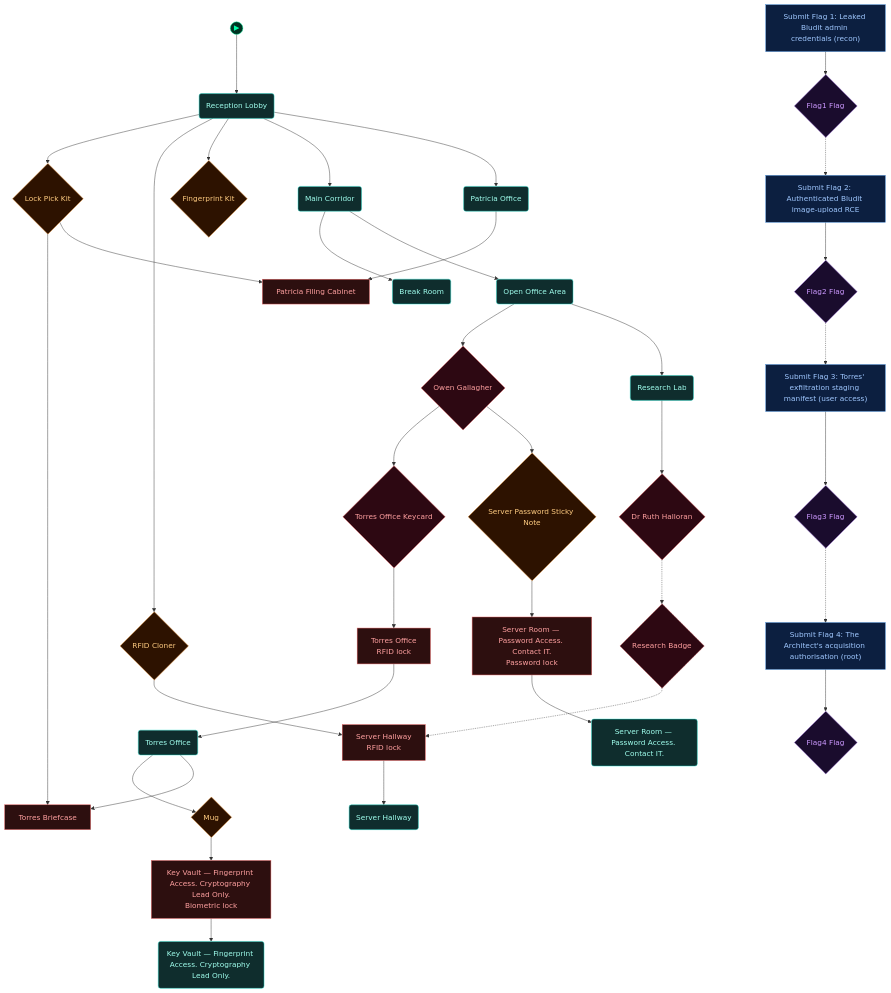
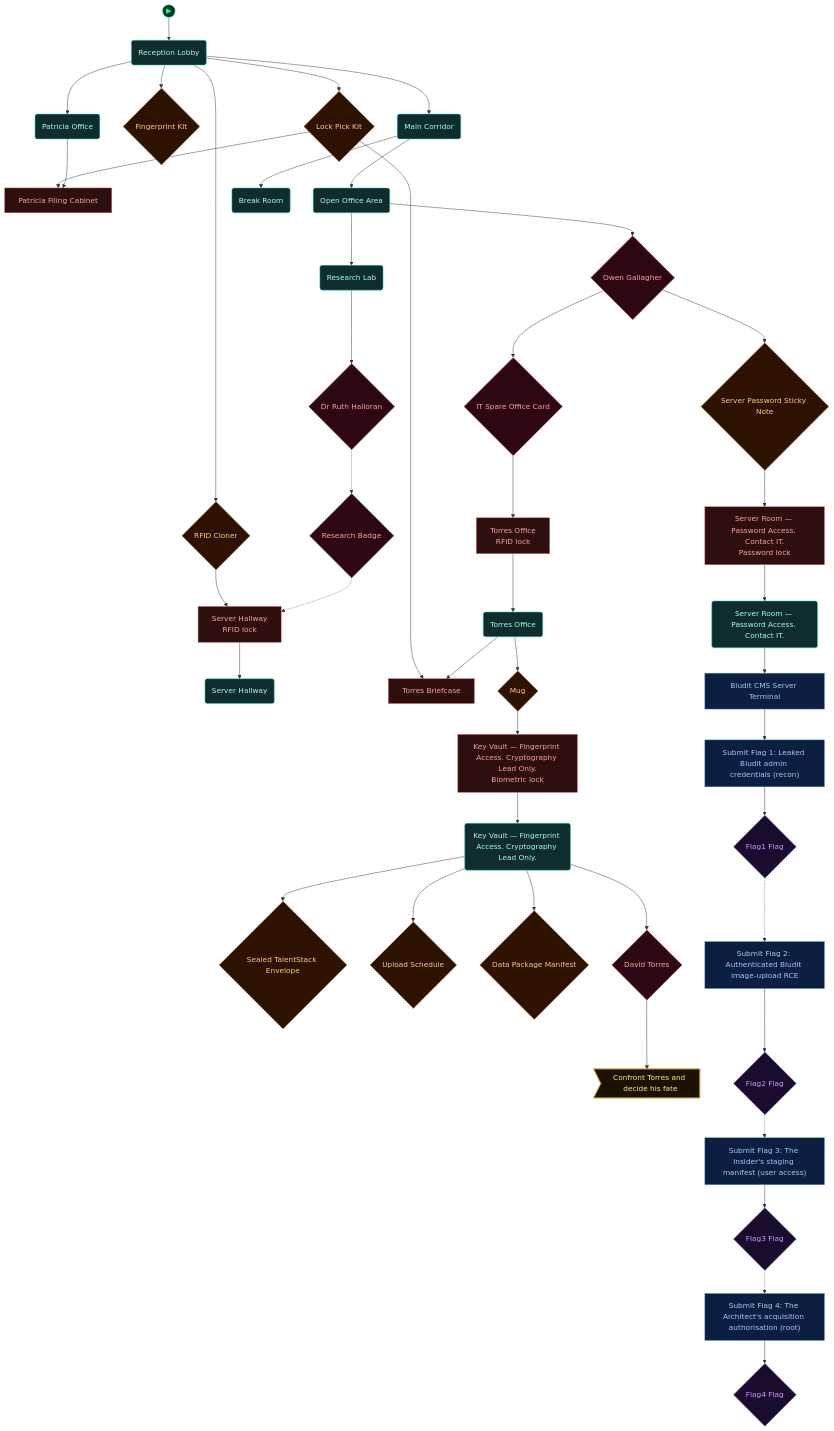
One commit to cliffe/BreakEscape changed the first of 5 diagrams in scenarios/m05_insider_trading/dungeon_graph.md. Above: the diagram before and after it, drawn with Mermaid. The commit also changed other lines of this file and 31 other files, not shown here.

```diff
--- a/scenarios/m05_insider_trading/dungeon_graph.md
+++ b/scenarios/m05_insider_trading/dungeon_graph.md
@@ -85,17 +85,23 @@
   fingerprint_kit{"Fingerprint Kit"}
   npc_owen_gallagher{"Owen Gallagher"}
   open_office_area("Open Office Area")
-  torres_office_keycard{"Torres Office Keycard"}
+  it_spare_office_card{"IT Spare Office Card"}
   server_password_sticky_note{"Server Password Sticky Note"}
+  bludit_cms_server_terminal["Bludit CMS Server Terminal"]
   mug{"Mug"}
   npc_dr_ruth_halloran{"Dr Ruth Halloran"}
   research_lab("Research Lab")
   research_badge{"Research Badge"}
+  sealed_talentstack_envelope{"Sealed TalentStack Envelope"}
+  upload_schedule{"Upload Schedule"}
+  data_package_manifest{"Data Package Manifest"}
+  npc_david_torres{"David Torres"}
+  action_confront_torres>"Confront Torres and decide his fate"]
   vmch_submit_flag1["Submit Flag 1: Leaked Bludit admin credentials (recon)"]
   vmfl_submit_flag1{"Flag1 Flag"}
   vmch_submit_flag2["Submit Flag 2: Authenticated Bludit image-upload RCE"]
   vmfl_submit_flag2{"Flag2 Flag"}
-  vmch_submit_flag3["Submit Flag 3: Torres' exfiltration staging manifest (user access)"]
+  vmch_submit_flag3["Submit Flag 3: The insider's staging manifest (user access)"]
   vmfl_submit_flag3{"Flag3 Flag"}
   vmch_submit_flag4["Submit Flag 4: The Architect's acquisition authorisation (root)"]
   vmfl_submit_flag4{"Flag4 Flag"}
@@ -114,10 +120,11 @@
   rfid_cloner --> door_server_hallway
   reception_lobby --> fingerprint_kit
   open_office_area --> npc_owen_gallagher
-  npc_owen_gallagher --> torres_office_keycard
-  torres_office_keycard --> door_torres_office
+  npc_owen_gallagher --> it_spare_office_card
+  it_spare_office_card --> door_torres_office
   npc_owen_gallagher --> server_password_sticky_note
   server_password_sticky_note --> door_server_room
+  server_room --> bludit_cms_server_terminal
   torres_office --> mug
   mug --> door_data_center
   torres_office --> lock_torres_briefcase
@@ -125,6 +132,11 @@
   npc_dr_ruth_halloran -.-> research_badge
   research_badge -.-> door_server_hallway
   patricia_office --> lock_patricia_filing_cabinet
+  data_center --> sealed_talentstack_envelope
+  data_center --> upload_schedule
+  data_center --> data_package_manifest
+  data_center --> npc_david_torres
+  npc_david_torres --> action_confront_torres
   vmch_submit_flag1 --> vmfl_submit_flag1
   vmch_submit_flag2 --> vmfl_submit_flag2
   vmfl_submit_flag1 -.-> vmch_submit_flag2
@@ -132,6 +144,7 @@
   vmfl_submit_flag2 -.-> vmch_submit_flag3
   vmch_submit_flag4 --> vmfl_submit_flag4
   vmfl_submit_flag3 -.-> vmch_submit_flag4
+  bludit_cms_server_terminal --> vmch_submit_flag1
   reception_lobby --> main_corridor
   reception_lobby --> patricia_office
   main_corridor --> break_room
@@ -140,9 +153,10 @@
 
   class door_server_hallway,door_server_room,door_torres_office,door_data_center,lock_torres_briefcase,lock_patricia_filing_cabinet lock
   class server_hallway,server_room,torres_office,data_center,reception_lobby,open_office_area,research_lab,main_corridor,patricia_office,break_room room
-  class lock_pick_kit,rfid_cloner,fingerprint_kit,server_password_sticky_note,mug item
-  class npc_owen_gallagher,torres_office_keycard,npc_dr_ruth_halloran,research_badge key
-  class vmch_submit_flag1,vmch_submit_flag2,vmch_submit_flag3,vmch_submit_flag4 vm
+  class lock_pick_kit,rfid_cloner,fingerprint_kit,server_password_sticky_note,mug,sealed_talentstack_envelope,upload_schedule,data_package_manifest item
+  class npc_owen_gallagher,it_spare_office_card,npc_dr_ruth_halloran,research_badge,npc_david_torres key
+  class bludit_cms_server_terminal,vmch_submit_flag1,vmch_submit_flag2,vmch_submit_flag3,vmch_submit_flag4 vm
+  class action_confront_torres action
   class vmfl_submit_flag1,vmfl_submit_flag2,vmfl_submit_flag3,vmfl_submit_flag4 flag
 
   classDef optional stroke-dasharray:5 2
```
